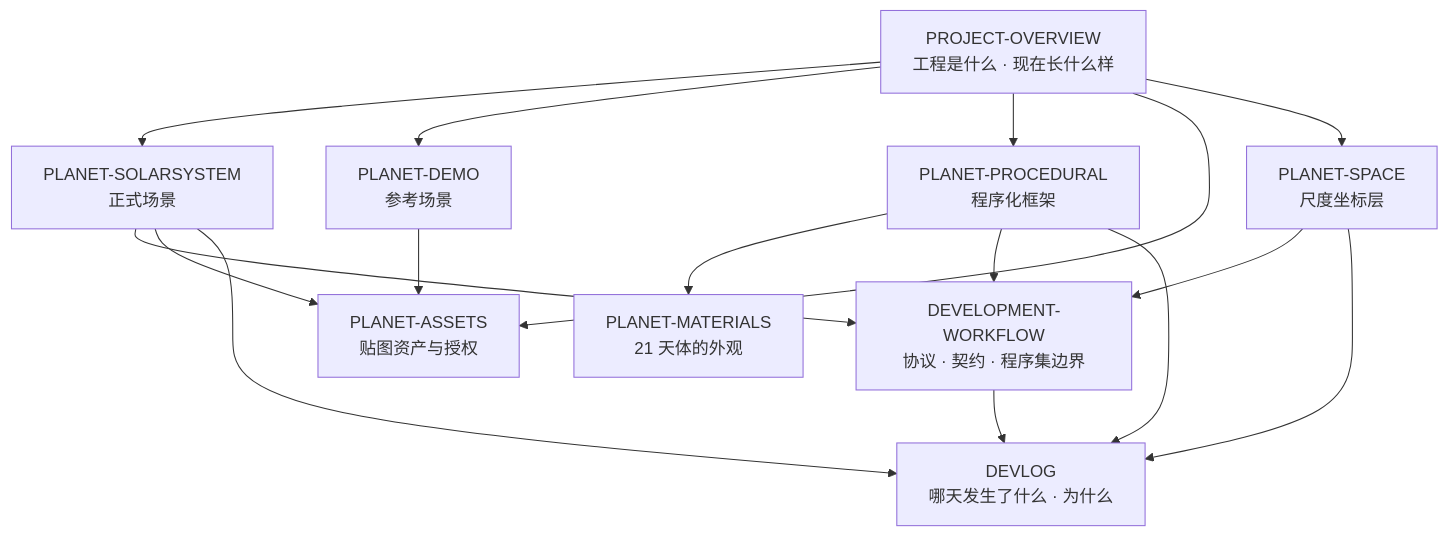
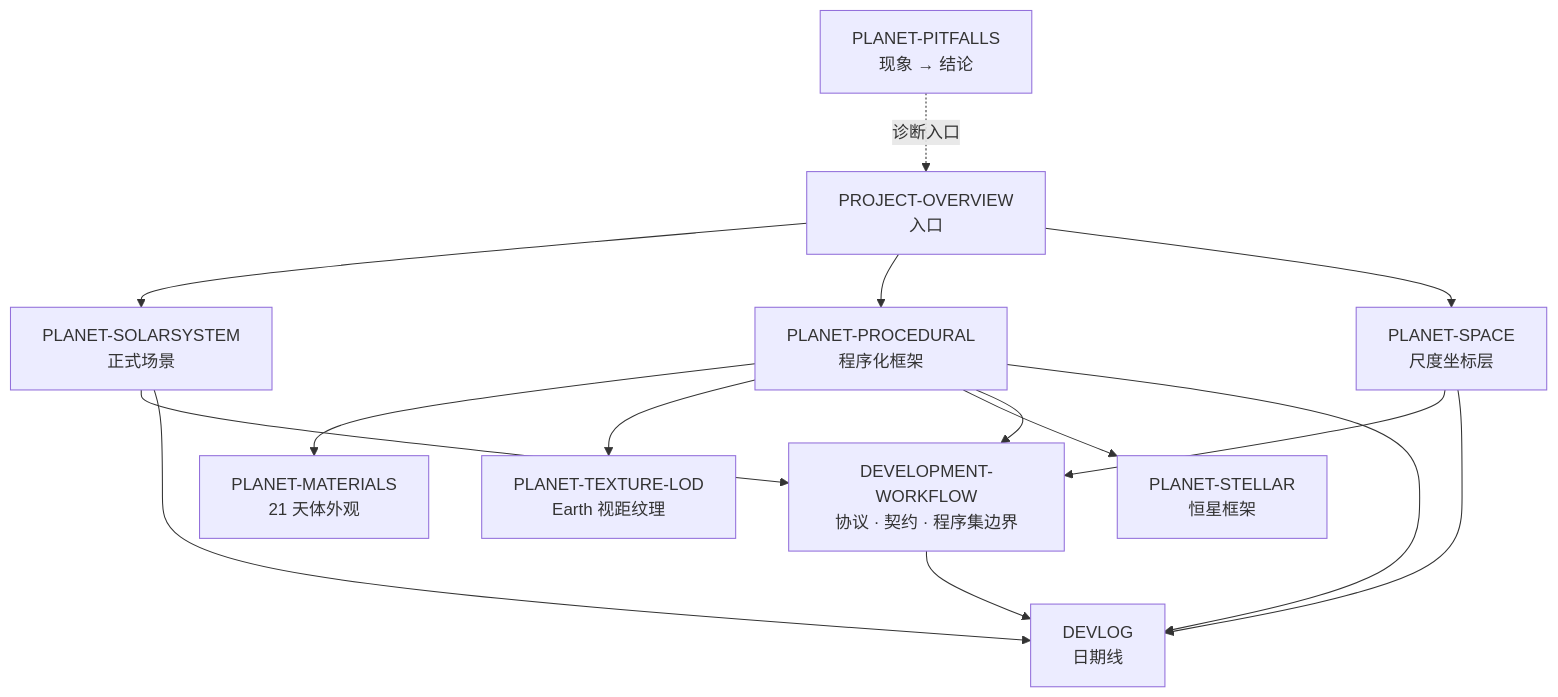
The diagram in DOCS.md (niurunze947-lab/Planet), drawn with Mermaid before and after one commit. The commit also changed other lines of this file and 88 other files, not shown here.

````diff
--- a/DOCS.md
+++ b/DOCS.md
@@ -12,23 +43,23 @@
 ```mermaid
 graph TD
-    O["PROJECT-OVERVIEW<br/>工程是什么 · 现在长什么样"]
+    O["PROJECT-OVERVIEW<br/>入口"]
     W["DEVELOPMENT-WORKFLOW<br/>协议 · 契约 · 程序集边界"]
-    L["DEVLOG<br/>哪天发生了什么 · 为什么"]
+    H["DEVLOG<br/>日期线"]
+    F["PLANET-PITFALLS<br/>现象 → 结论"]
 
     O --> S["PLANET-SOLARSYSTEM<br/>正式场景"]
-    O --> D["PLANET-DEMO<br/>参考场景"]
     O --> P["PLANET-PROCEDURAL<br/>程序化框架"]
-    O --> A["PLANET-ASSETS<br/>贴图资产与授权"]
     O --> C["PLANET-SPACE<br/>尺度坐标层"]
-    P --> M["PLANET-MATERIALS<br/>21 天体的外观"]
+    P --> M["PLANET-MATERIALS<br/>21 天体外观"]
+    P --> T["PLANET-TEXTURE-LOD<br/>Earth 视距纹理"]
+    P --> L2["PLANET-STELLAR<br/>恒星框架"]
     S --> W
     P --> W
     C --> W
-    D --> A
-    S --> A
 
-    W --> L
-    S --> L
-    P --> L
-    C --> L
+    W --> H
+    S --> H
+    P --> H
+    C --> H
+    F -.诊断入口.-> O
 ```
````
